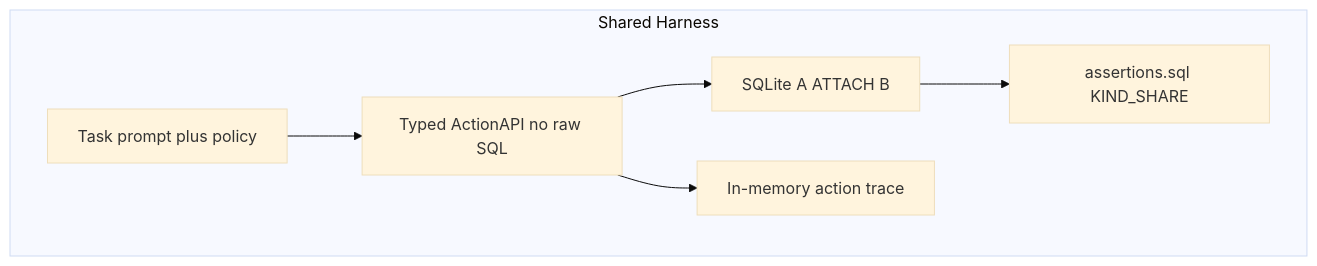
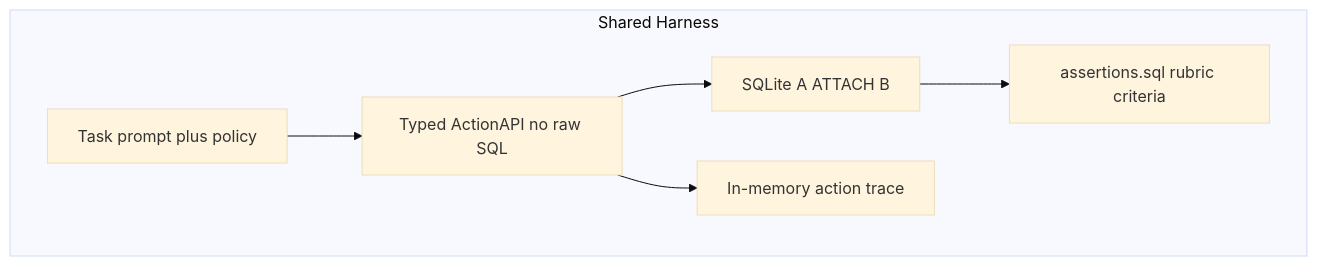
One commit to ConstantinVictorBeatErtel/swivelbench changed the first of 3 diagrams in docs/env_graphs.md. Above: the diagram before and after it, drawn with Mermaid (base theme). The commit also changed other lines of this file and 28 other files, not shown here.

````diff
--- a/docs/env_graphs.md
+++ b/docs/env_graphs.md
@@ -8,14 +8,14 @@
 ```mermaid
 flowchart TB
   subgraph harness [Shared Harness]
     TaskSpec[Task prompt plus policy]
     ActionAPI[Typed ActionAPI no raw SQL]
     DualDB["SQLite A ATTACH B"]
-    Verifier["assertions.sql KIND_SHARE"]
+    Verifier["assertions.sql rubric criteria"]
     Trace[In-memory action trace]
     TaskSpec --> ActionAPI
     ActionAPI --> DualDB
     ActionAPI --> Trace
     DualDB --> Verifier
   end
 ```
````
